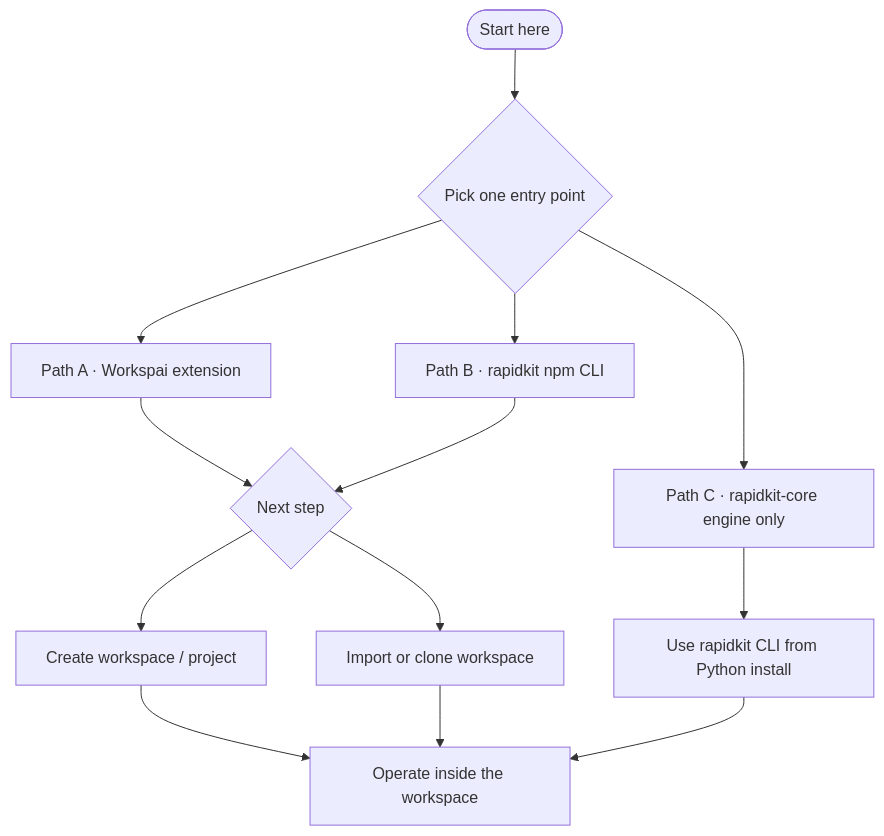
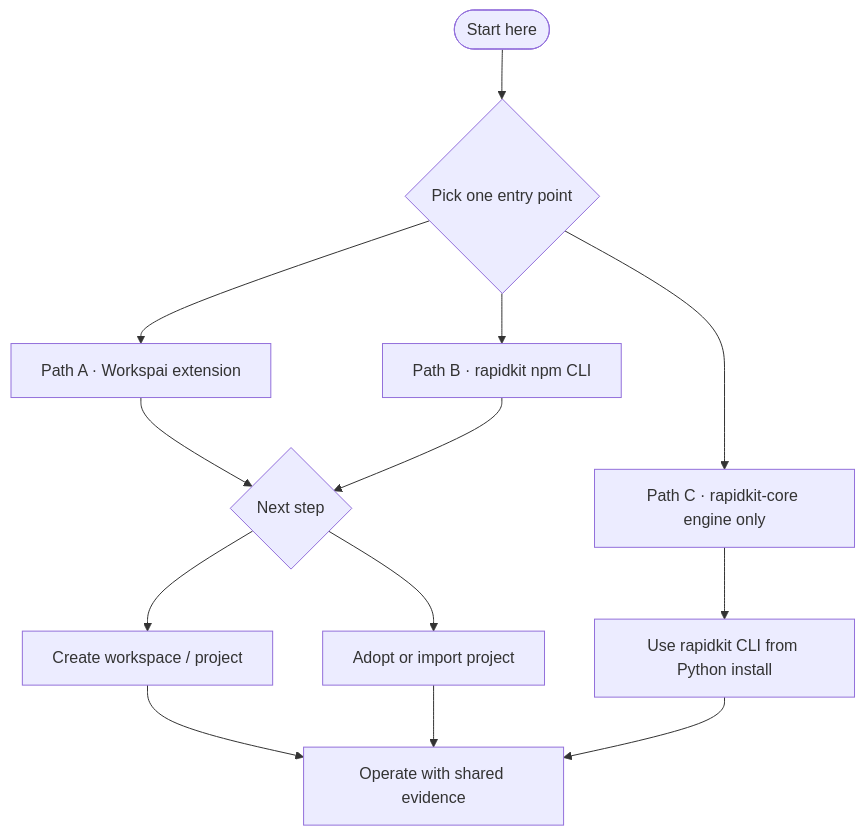
Before and after one commit to chistiq/.github: the diagram in profile/README.md, drawn with Mermaid. The commit also changed other lines of this file, not shown here.

First line of the commit message:
Update org profile README for Workspace Intelligence positioning.

````diff
--- a/profile/README.md
+++ b/profile/README.md
@@ -52,21 +72,21 @@
 ```mermaid
 flowchart TB
     START([Start here])
 
     START --> ENTRY{Pick one entry point}
     ENTRY --> EXT["Path A · Workspai extension"]
     ENTRY --> NPM["Path B · rapidkit npm CLI"]
     ENTRY --> CORE["Path C · rapidkit-core engine only"]
 
     EXT --> NEXT{Next step}
     NPM --> NEXT
 
     NEXT --> CREATE["Create workspace / project"]
-    NEXT --> IMPORT["Import or clone workspace"]
+    NEXT --> IMPORT["Adopt or import project"]
 
-    CREATE --> WORK["Operate inside the workspace"]
+    CREATE --> WORK["Operate with shared evidence"]
     IMPORT --> WORK
 
     CORE --> ENGINE["Use rapidkit CLI from Python install"]
     ENGINE --> WORK
 ```
````
